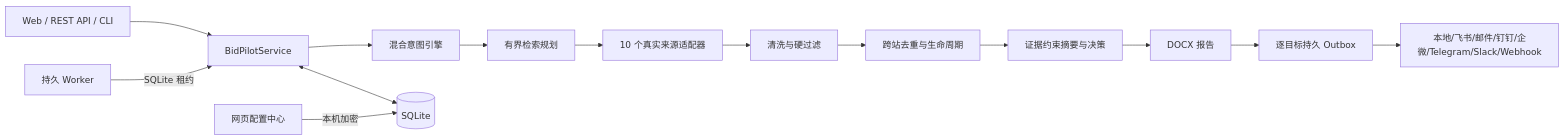
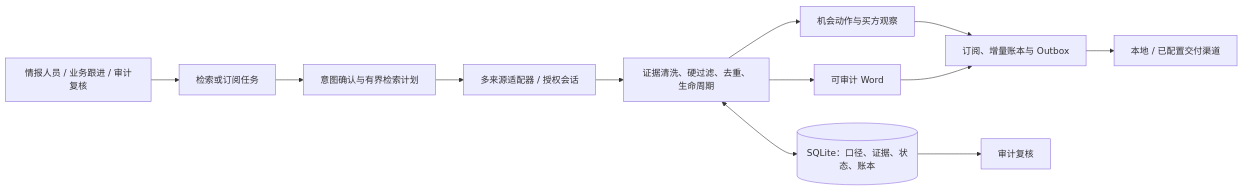
The first of 2 diagrams in docs/详设文档.md (gitchw/bidpilot), drawn with Mermaid before and after one commit. The commit also changed other lines of this file and 50 other files, not shown here.

````diff
--- a/docs/详设文档.md
+++ b/docs/详设文档.md
@@ -46,16 +69,14 @@
 ```mermaid
 flowchart LR
-    U[Web / REST API / CLI] --> S[BidPilotService]
-    W[持久 Worker] -->|SQLite 租约| S
-    S --> I[混合意图引擎]
-    I --> P[有界检索规划]
-    P --> A[10 个真实来源适配器]
-    A --> F[清洗与硬过滤]
-    F --> D[跨站去重与生命周期]
-    D --> G[证据约束摘要与决策]
-    G --> R[DOCX 报告]
-    R --> O[逐目标持久 Outbox]
-    O --> C[本地/飞书/邮件/钉钉/企微/Telegram/Slack/Webhook]
-    S <--> DB[(SQLite)]
-    CFG[网页配置中心] -->|本机加密| DB
+    U["情报人员 / 业务跟进 / 审计复核"] --> Q["检索或订阅任务"]
+    Q --> I["意图确认与有界检索计划"]
+    I --> A["多来源适配器 / 授权会话"]
+    A --> E["证据清洗、硬过滤、去重、生命周期"]
+    E --> O["机会动作与买方观察"]
+    E --> R["可审计 Word"]
+    O --> S["订阅、增量账本与 Outbox"]
+    R --> S
+    S --> D["本地 / 已配置交付渠道"]
+    E <--> DB[("SQLite：口径、证据、状态、账本")]
+    DB --> AU["审计复核"]
 ```
````
